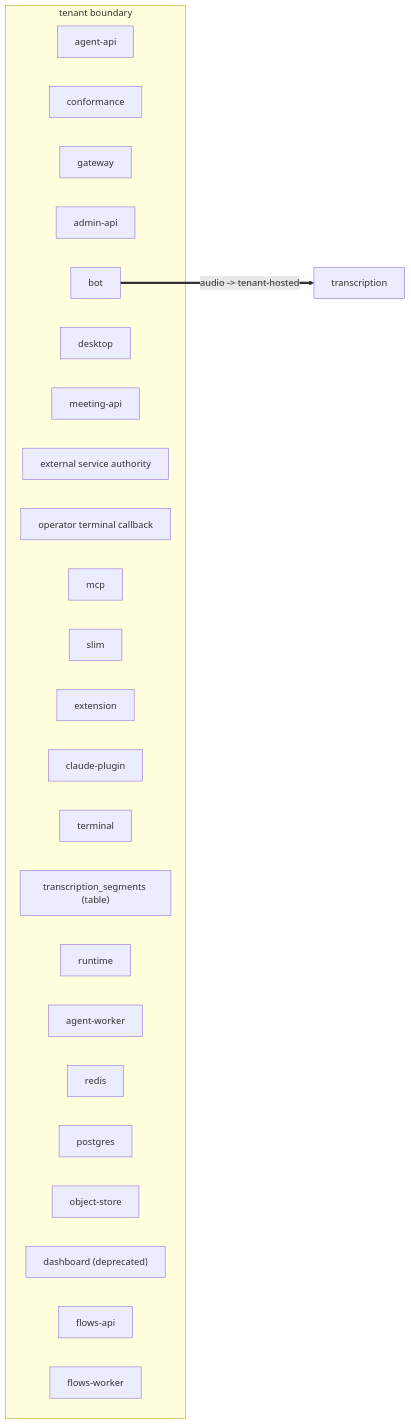
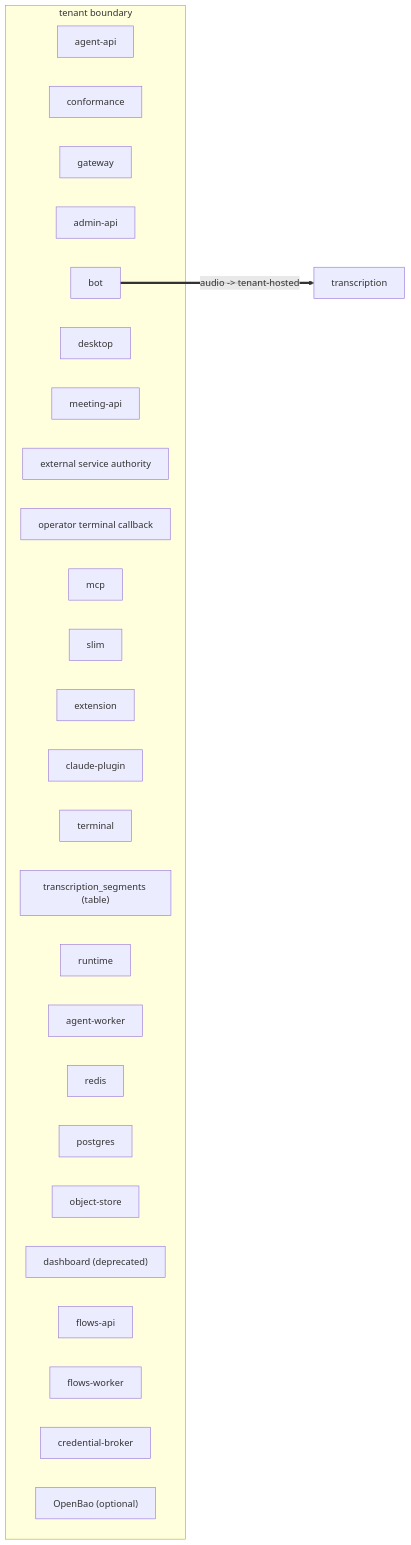
Before and after one commit to Vexa-ai/vexa: the diagram in docs/views/egress.mmd, drawn with Mermaid. The commit also changed 450 other files, not shown here.

```diff
--- a/docs/views/egress.mmd
+++ b/docs/views/egress.mmd
@@ -1,29 +1,31 @@
 %% GENERATED — pnpm arch:dsl --write
 flowchart LR
   subgraph tenant["tenant boundary"]
     agent_api["agent-api"]
     conformance["conformance"]
     gateway["gateway"]
     admin_api["admin-api"]
     bot["bot"]
     desktop["desktop"]
     meeting_api["meeting-api"]
     service_authority["external service authority"]
     system_webhook["operator terminal callback"]
     mcp["mcp"]
     slim["slim"]
     extension["extension"]
     claude_plugin["claude-plugin"]
     terminal["terminal"]
     segments_table["transcription_segments (table)"]
     runtime["runtime"]
     agent_worker["agent-worker"]
     redis["redis"]
     postgres["postgres"]
     object_store["object-store"]
     dashboard["dashboard (deprecated)"]
     flows_api["flows-api"]
     flows_worker["flows-worker"]
+    credentials_broker["credential-broker"]
+    credentials_vault["OpenBao (optional)"]
   end
   transcription["transcription"]
   bot ==>|"audio -> tenant-hosted"| transcription
```
